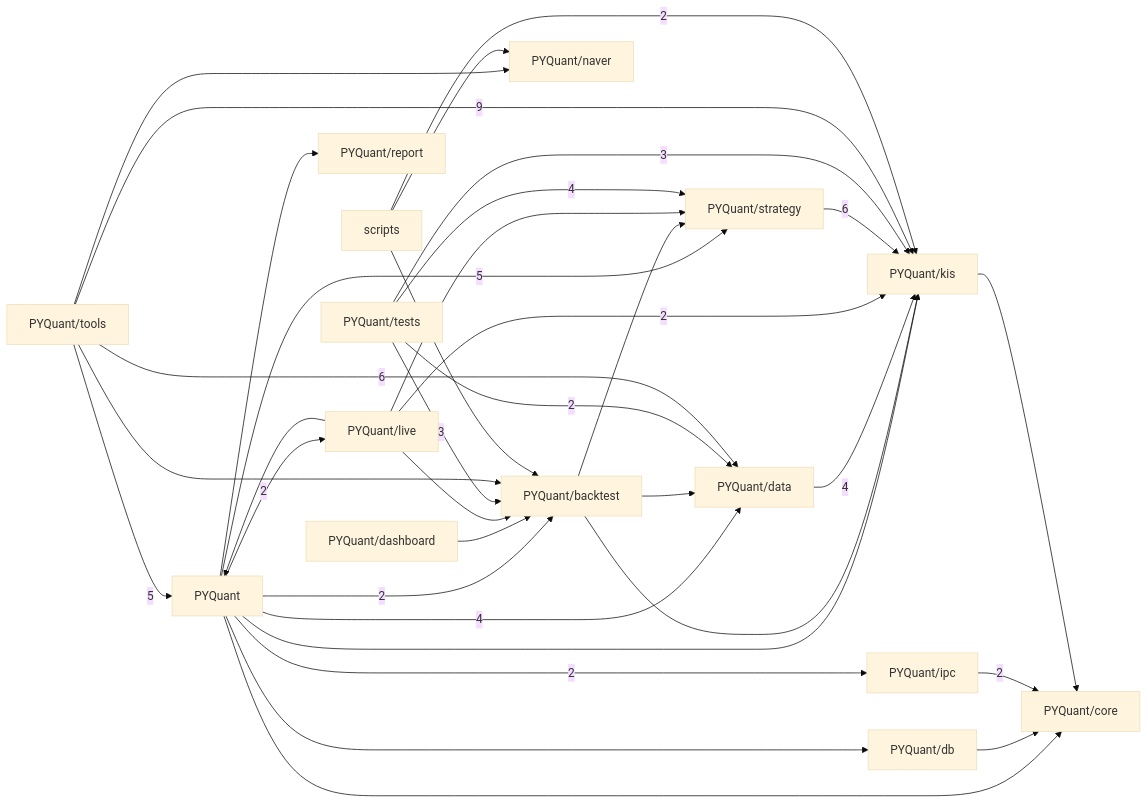
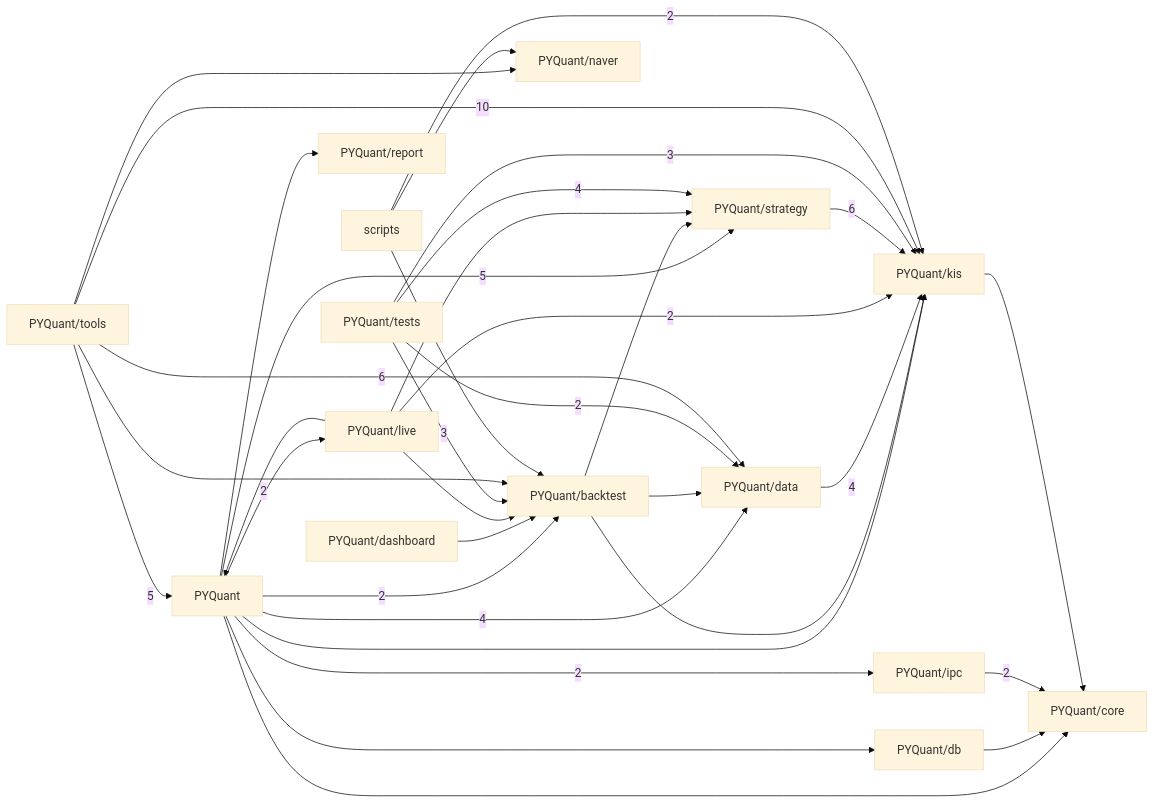
Before and after one commit to pypy8171/Quant: the third of 3 diagrams in docs/CODE_GRAPH.md, drawn with Mermaid (base theme). The commit also changed other lines of this file and 8 other files, not shown here.

````diff
--- a/docs/CODE_GRAPH.md
+++ b/docs/CODE_GRAPH.md
@@ -312,52 +313,52 @@
 ```mermaid
 graph LR
   p_PYQuant["PYQuant"]
   p_PYQuant_backtest["PYQuant/backtest"]
   p_PYQuant_core["PYQuant/core"]
   p_PYQuant_dashboard["PYQuant/dashboard"]
   p_PYQuant_data["PYQuant/data"]
   p_PYQuant_db["PYQuant/db"]
   p_PYQuant_ipc["PYQuant/ipc"]
   p_PYQuant_kis["PYQuant/kis"]
   p_PYQuant_live["PYQuant/live"]
   p_PYQuant_naver["PYQuant/naver"]
   p_PYQuant_report["PYQuant/report"]
   p_PYQuant_strategy["PYQuant/strategy"]
   p_PYQuant_tests["PYQuant/tests"]
   p_PYQuant_tools["PYQuant/tools"]
   p_scripts["scripts"]
   p_PYQuant -->|2| p_PYQuant_backtest
   p_PYQuant --> p_PYQuant_core
   p_PYQuant -->|4| p_PYQuant_data
   p_PYQuant --> p_PYQuant_db
   p_PYQuant -->|2| p_PYQuant_ipc
   p_PYQuant --> p_PYQuant_kis
   p_PYQuant -->|2| p_PYQuant_live
   p_PYQuant --> p_PYQuant_report
   p_PYQuant -->|5| p_PYQuant_strategy
   p_PYQuant_backtest --> p_PYQuant_data
   p_PYQuant_backtest --> p_PYQuant_kis
   p_PYQuant_backtest --> p_PYQuant_strategy
   p_PYQuant_dashboard --> p_PYQuant_backtest
   p_PYQuant_data -->|4| p_PYQuant_kis
   p_PYQuant_db --> p_PYQuant_core
   p_PYQuant_ipc -->|2| p_PYQuant_core
   p_PYQuant_kis --> p_PYQuant_core
   p_PYQuant_live --> p_PYQuant
   p_PYQuant_live --> p_PYQuant_backtest
   p_PYQuant_live -->|2| p_PYQuant_kis
   p_PYQuant_live --> p_PYQuant_strategy
   p_PYQuant_strategy -->|6| p_PYQuant_kis
   p_PYQuant_tests -->|3| p_PYQuant_backtest
   p_PYQuant_tests -->|2| p_PYQuant_data
   p_PYQuant_tests -->|3| p_PYQuant_kis
   p_PYQuant_tests -->|4| p_PYQuant_strategy
   p_PYQuant_tools -->|5| p_PYQuant
   p_PYQuant_tools --> p_PYQuant_backtest
   p_PYQuant_tools -->|6| p_PYQuant_data
-  p_PYQuant_tools -->|9| p_PYQuant_kis
+  p_PYQuant_tools -->|10| p_PYQuant_kis
   p_PYQuant_tools --> p_PYQuant_naver
   p_scripts --> p_PYQuant_backtest
   p_scripts -->|2| p_PYQuant_kis
   p_scripts --> p_PYQuant_naver
 ```
````
